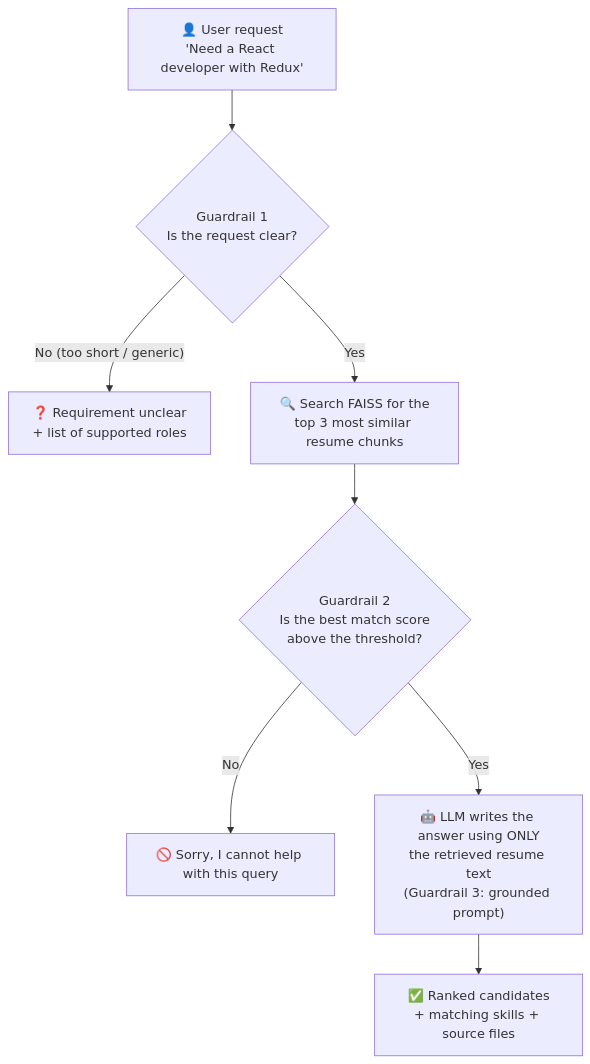
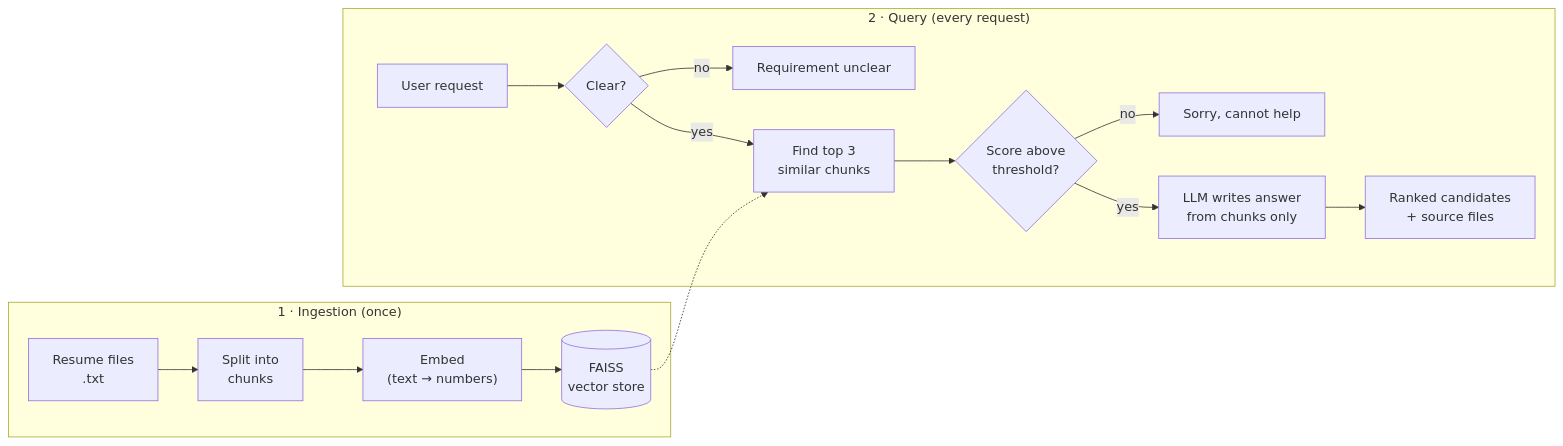
The diagram in README.md (kvijaik/resume-rag), drawn with Mermaid before and after one commit. The commit also changed other lines of this file and 7 other files, not shown here.

````diff
--- a/README.md
+++ b/README.md
@@ -157,10 +40,15 @@
 ```mermaid
-flowchart TD
-    Q["👤 User request<br/>'Need a React developer with Redux'"] --> G1{"Guardrail 1<br/>Is the request clear?"}
-    G1 -- "No (too short / generic)" --> U["❓ Requirement unclear<br/>+ list of supported roles"]
-    G1 -- Yes --> R["🔍 Search FAISS for the<br/>top 3 most similar resume chunks"]
-    R --> G2{"Guardrail 2<br/>Is the best match score<br/>above the threshold?"}
-    G2 -- No --> N["🚫 Sorry, I cannot help with this query"]
-    G2 -- Yes --> L["🤖 LLM writes the answer using ONLY<br/>the retrieved resume text<br/>(Guardrail 3: grounded prompt)"]
-    L --> A["✅ Ranked candidates<br/>+ matching skills + source files"]
+flowchart LR
+    subgraph Ingestion ["1 · Ingestion (once)"]
+        A["Resume files<br/>.txt"] --> B["Split into<br/>chunks"] --> C["Embed<br/>(text → numbers)"] --> D[("FAISS<br/>vector store")]
+    end
+    subgraph Query ["2 · Query (every request)"]
+        Q["User request"] --> G1{"Clear?"}
+        G1 -- no --> U["Requirement unclear"]
+        G1 -- yes --> R["Find top 3<br/>similar chunks"]
+        R --> G2{"Score above<br/>threshold?"}
+        G2 -- no --> N["Sorry, cannot help"]
+        G2 -- yes --> L["LLM writes answer<br/>from chunks only"] --> OUT["Ranked candidates<br/>+ source files"]
+    end
+    D -.-> R
 ```
````
